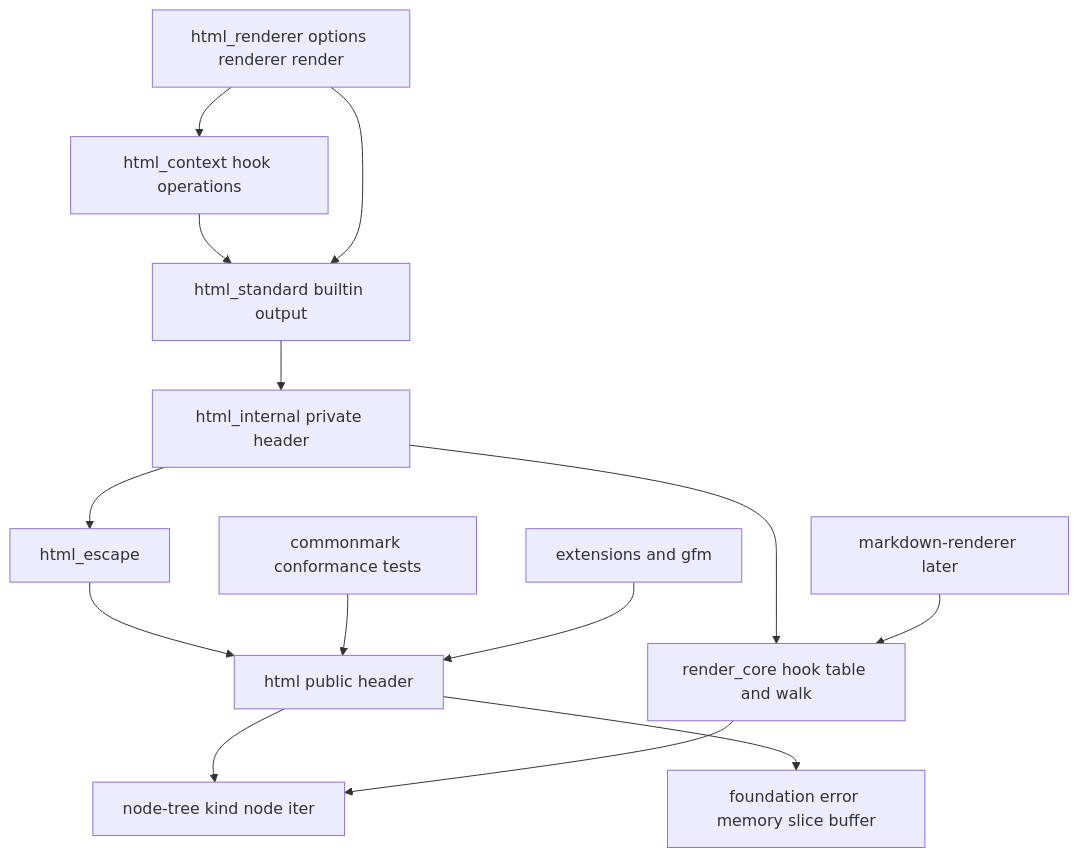
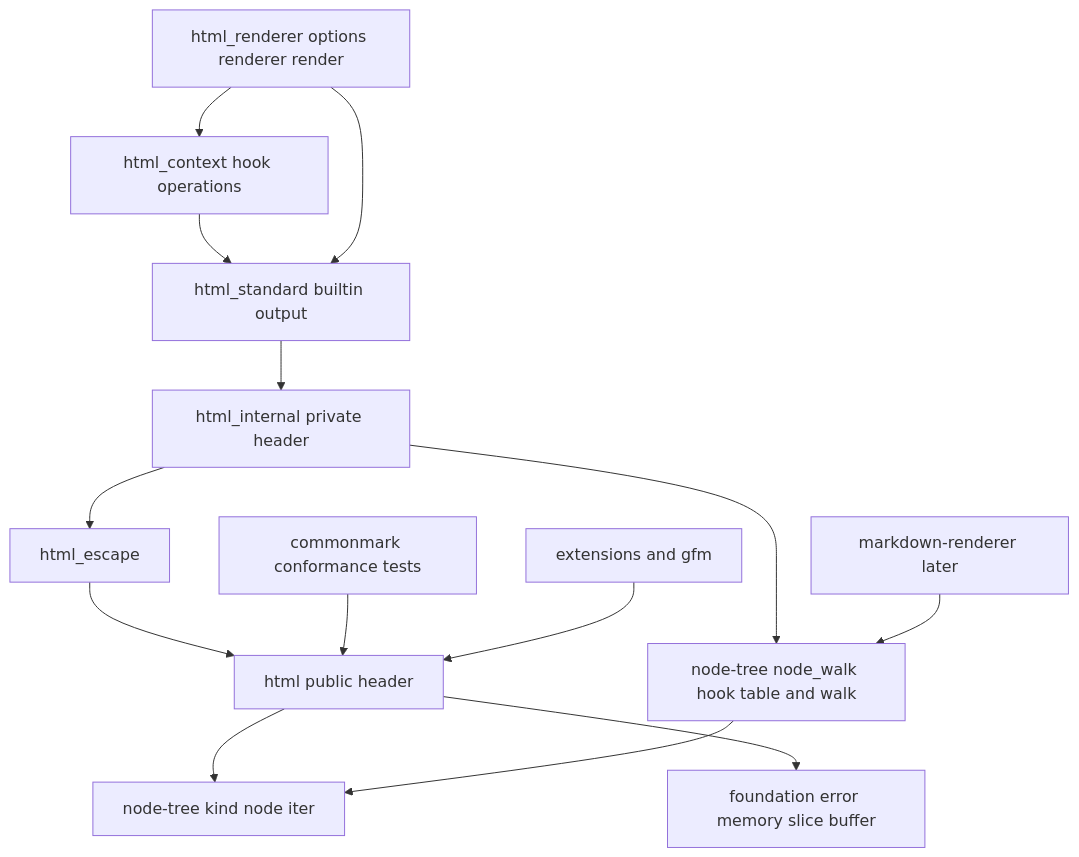
One commit to ktdevx/amark-private3 changed the first of 4 diagrams in .kiro/specs/html-renderer/design.md. Above: the diagram before and after it, drawn with Mermaid. The commit also changed other lines of this file and 16 other files, not shown here.

First line of the commit message:
Move shared render walk into node-tree as private node_walk

````diff
--- a/.kiro/specs/html-renderer/design.md
+++ b/.kiro/specs/html-renderer/design.md
@@ -61,25 +61,25 @@
 ```mermaid
 graph TB
     Foundation[foundation error memory slice buffer]
     NodeTree[node-tree kind node iter]
     HtmlHeader[html public header]
-    RenderCore[render_core hook table and walk]
+    NodeWalk[node-tree node_walk hook table and walk]
     HtmlEscape[html_escape]
     HtmlInternal[html_internal private header]
     HtmlStandard[html_standard builtin output]
     HtmlContext[html_context hook operations]
     HtmlRenderer[html_renderer options renderer render]
     HtmlHeader --> Foundation
     HtmlHeader --> NodeTree
-    RenderCore --> NodeTree
+    NodeWalk --> NodeTree
     HtmlEscape --> HtmlHeader
-    HtmlInternal --> RenderCore
+    HtmlInternal --> NodeWalk
     HtmlInternal --> HtmlEscape
     HtmlStandard --> HtmlInternal
     HtmlContext --> HtmlStandard
     HtmlRenderer --> HtmlStandard
     HtmlRenderer --> HtmlContext
-    MarkdownRenderer[markdown-renderer later] --> RenderCore
+    MarkdownRenderer[markdown-renderer later] --> NodeWalk
     Commonmark[commonmark conformance tests] --> HtmlHeader
     Extensions[extensions and gfm] --> HtmlHeader
 ```
````
